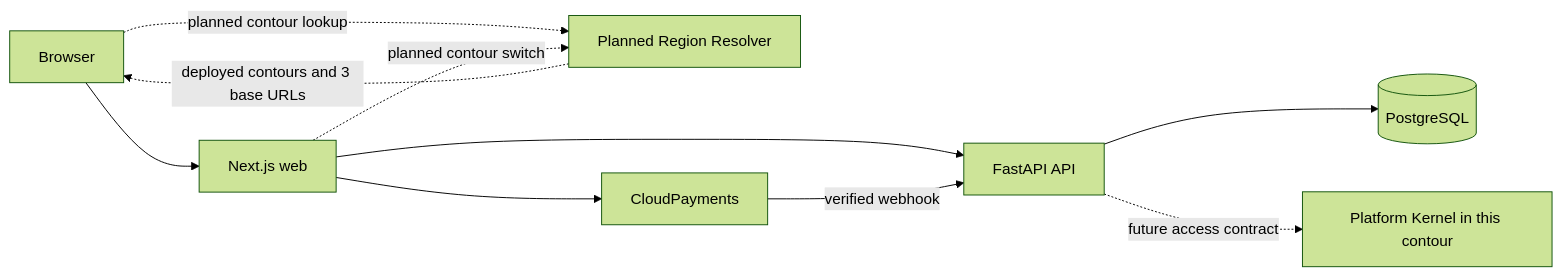
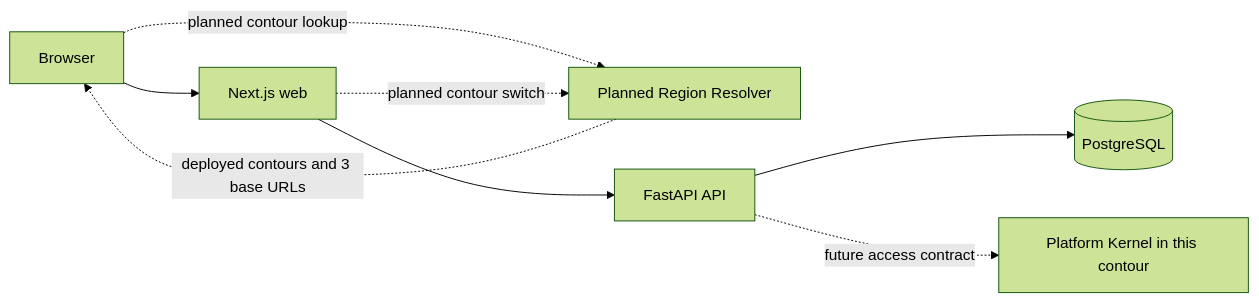
The diagram in ARCHITECTURE.md (gushinets/payments-portal), drawn with Mermaid (forest theme) before and after one commit. The commit also changed other lines of this file and 45 other files, not shown here.

First line of the commit message:
ANY-457 - Deactivate CloudPayments runtime and frontend checkout (#93)

````diff
--- a/ARCHITECTURE.md
+++ b/ARCHITECTURE.md
@@ -23,12 +24,10 @@
 ```mermaid
 flowchart LR
   Browser -. "planned contour lookup" .-> Resolver["Planned Region Resolver"]
   Resolver -. "deployed contours and 3 base URLs" .-> Browser
   Browser --> Web["Next.js web"]
   Web --> API["FastAPI API"]
   API --> DB[("PostgreSQL")]
-  Web --> Provider["CloudPayments"]
-  Provider -->|"verified webhook"| API
   API -. "future access contract" .-> PK["Platform Kernel in this contour"]
   Web -. "planned contour switch" .-> Resolver
 ```
````
